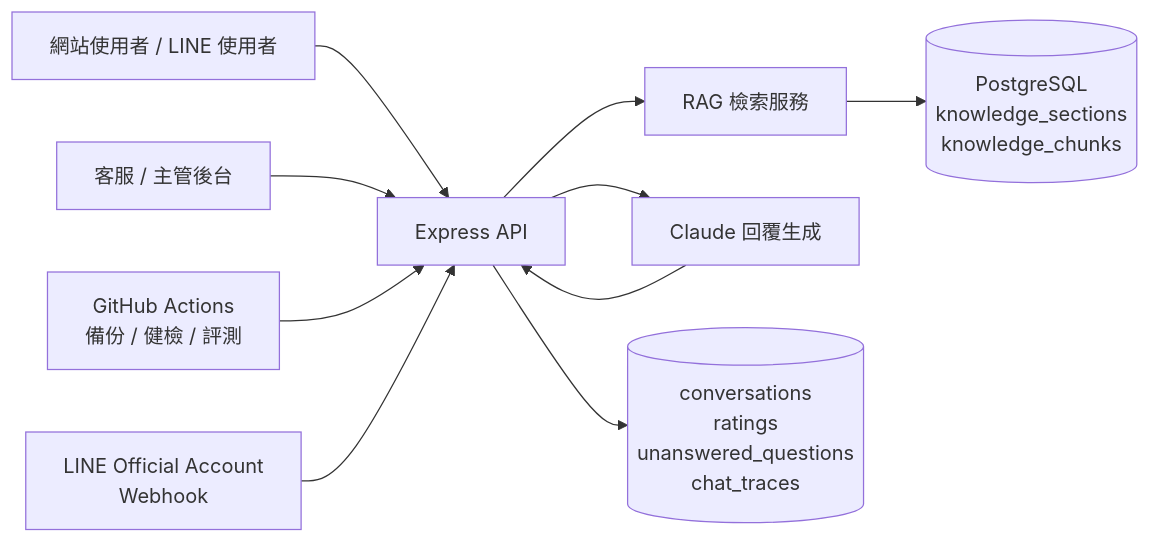
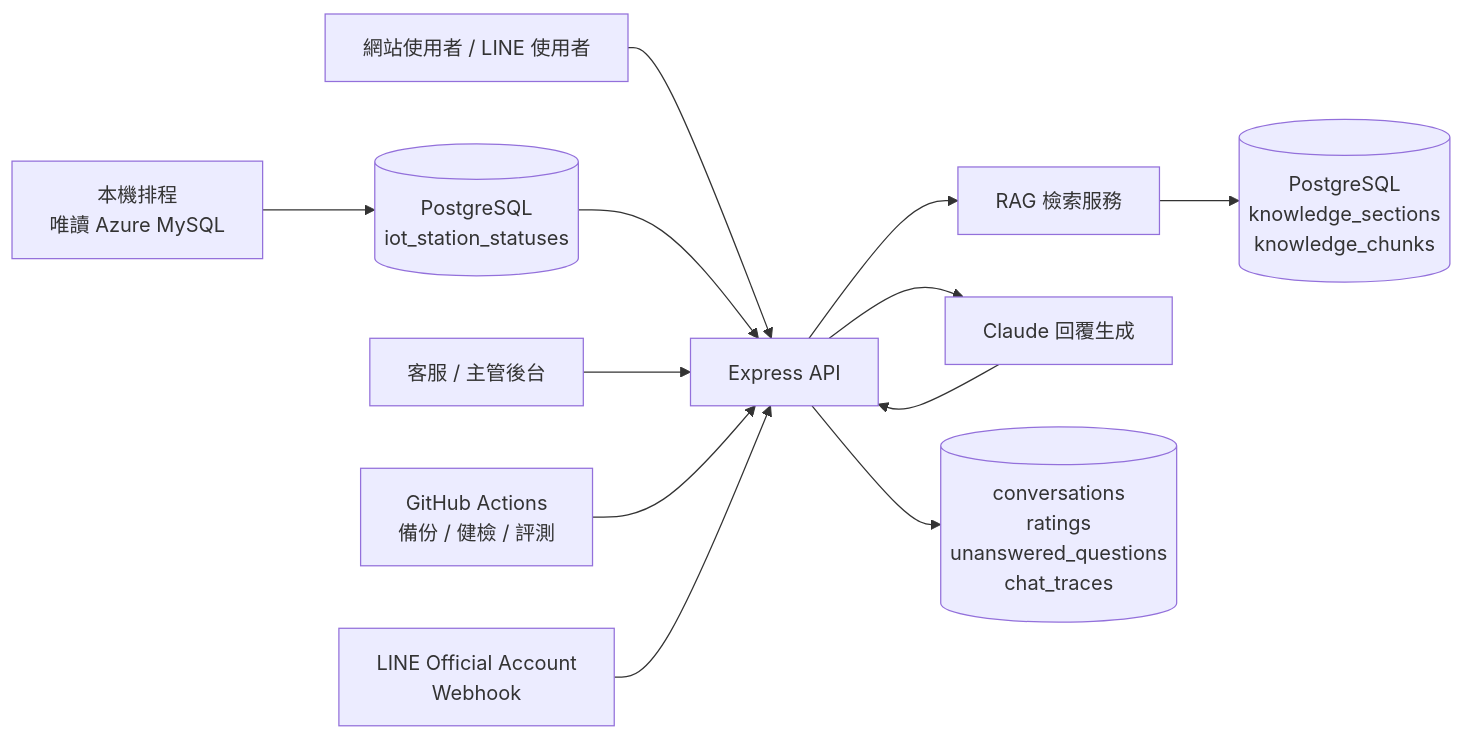
Before and after one commit to jameswu504-hash/ecoco-customer-servic: the diagram in README.md, drawn with Mermaid. The commit also changed other lines of this file and 22 other files, not shown here.

````diff
--- a/README.md
+++ b/README.md
@@ -25,12 +25,14 @@
 ```mermaid
 flowchart LR
   User["網站使用者 / LINE 使用者"] --> API["Express API"]
   API --> Rag["RAG 檢索服務"]
   Rag --> DB[("PostgreSQL<br/>knowledge_sections<br/>knowledge_chunks")]
   API --> Claude["Claude 回覆生成"]
   Claude --> API
   API --> Logs[("conversations<br/>ratings<br/>unanswered_questions<br/>chat_traces")]
+  Sync["本機排程<br/>唯讀 Azure MySQL"] --> StationDB[("PostgreSQL<br/>iot_station_statuses")]
+  StationDB --> API
   Admin["客服 / 主管後台"] --> API
   GitHub["GitHub Actions<br/>備份 / 健檢 / 評測"] --> API
   Line["LINE Official Account<br/>Webhook"] --> API
 ```
````
